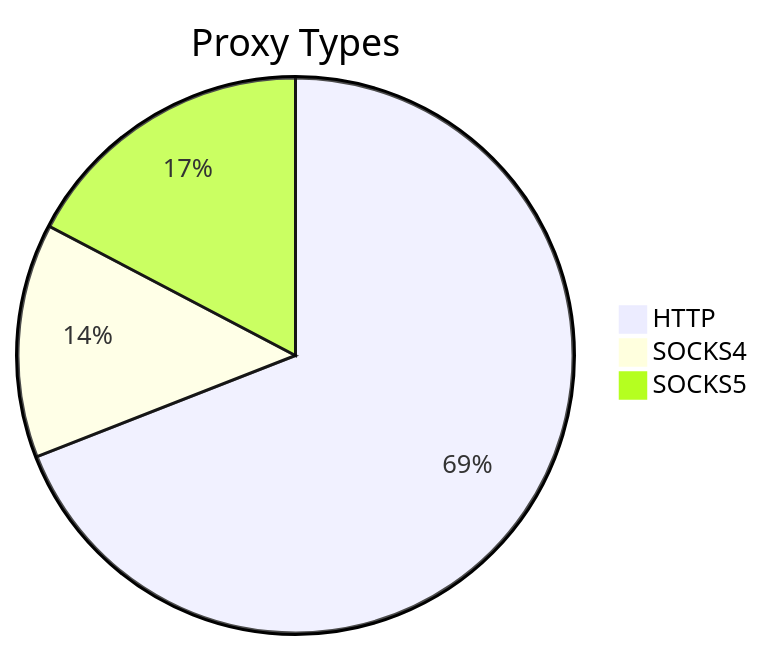
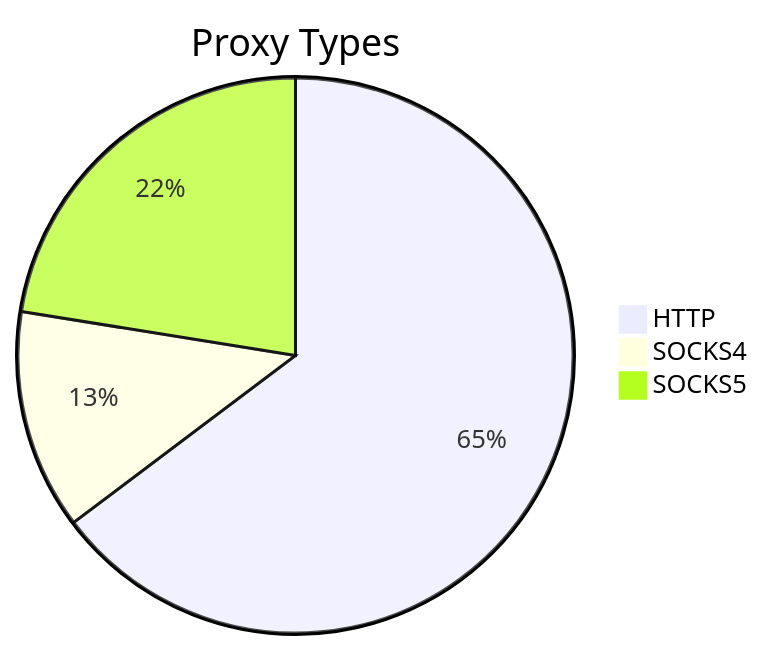
The first of 2 diagrams in README.md (stormsia/proxy-list), drawn with Mermaid before and after one commit. The commit also changed other lines of this file, not shown here.

````diff
--- a/README.md
+++ b/README.md
@@ -21,6 +21,6 @@
 ```mermaid
 pie title Proxy Types
-    "HTTP" : 451
-    "SOCKS4" : 89
-    "SOCKS5" : 113
+    "HTTP" : 268
+    "SOCKS4" : 53
+    "SOCKS5" : 93
 ```
````
